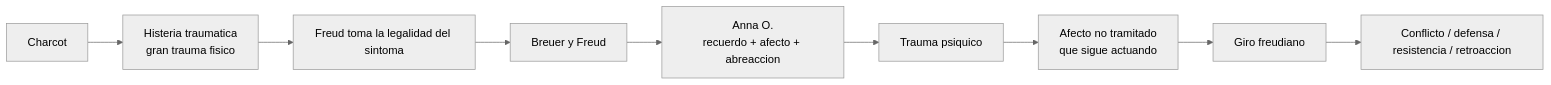
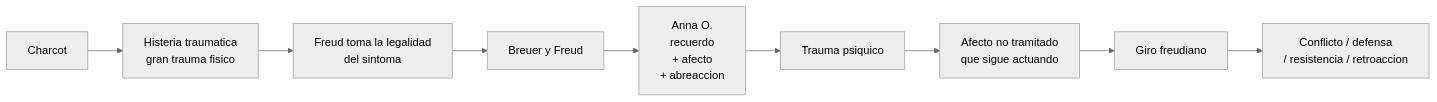
One commit to javifernandes/psicoanalisis-freud-laznik changed the fourth of 4 diagrams in libro/bookops/02-sintesis-integrada/01-del-trauma-al-conflicto-psiquico.md. Above: the diagram before and after it, drawn with Mermaid (neutral theme). The commit also changed other lines of this file and 30 other files, not shown here.

````diff
--- a/libro/bookops/02-sintesis-integrada/01-del-trauma-al-conflicto-psiquico.md
+++ b/libro/bookops/02-sintesis-integrada/01-del-trauma-al-conflicto-psiquico.md
@@ -104,11 +116,11 @@
 ```mermaid
 flowchart LR
   A["Charcot"] --> B["Histeria traumatica<br/>gran trauma fisico"]
-  B --> C["Freud toma la legalidad del sintoma"]
+  B --> C["Freud toma la legalidad<br/>del sintoma"]
   C --> D["Breuer y Freud"]
-  D --> E["Anna O.<br/>recuerdo + afecto + abreaccion"]
+  D --> E["Anna O.<br/>recuerdo<br/> + afecto<br/> + abreaccion"]
   E --> F["Trauma psiquico"]
   F --> G["Afecto no tramitado<br/>que sigue actuando"]
   G --> H["Giro freudiano"]
-  H --> I["Conflicto / defensa / resistencia / retroaccion"]
+  H --> I["Conflicto / defensa <br/>/ resistencia / retroaccion"]
 ```
````
